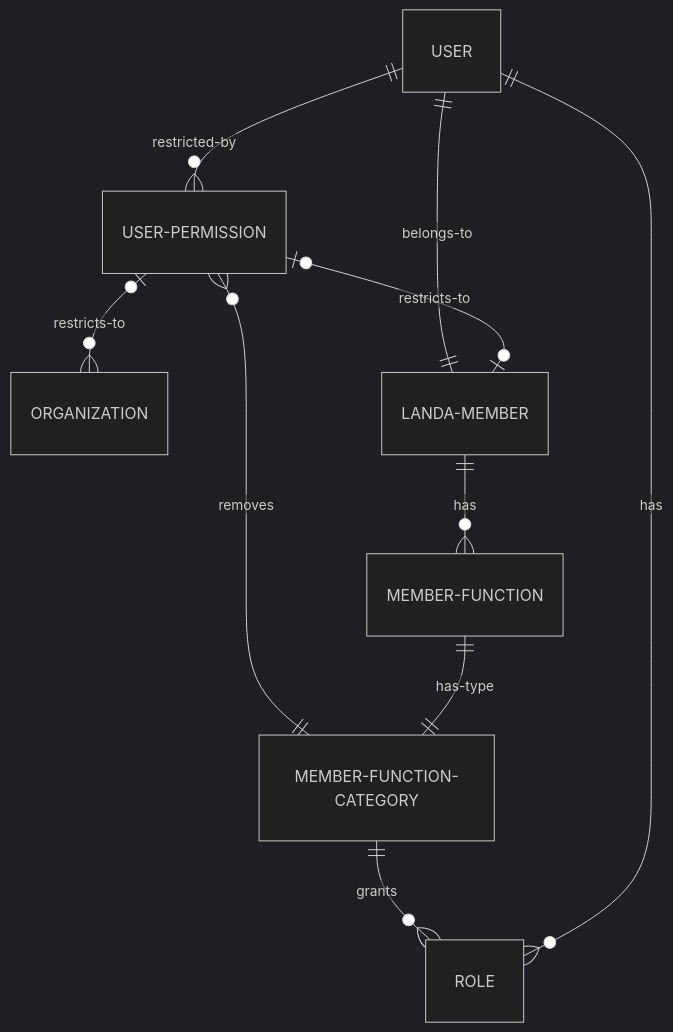
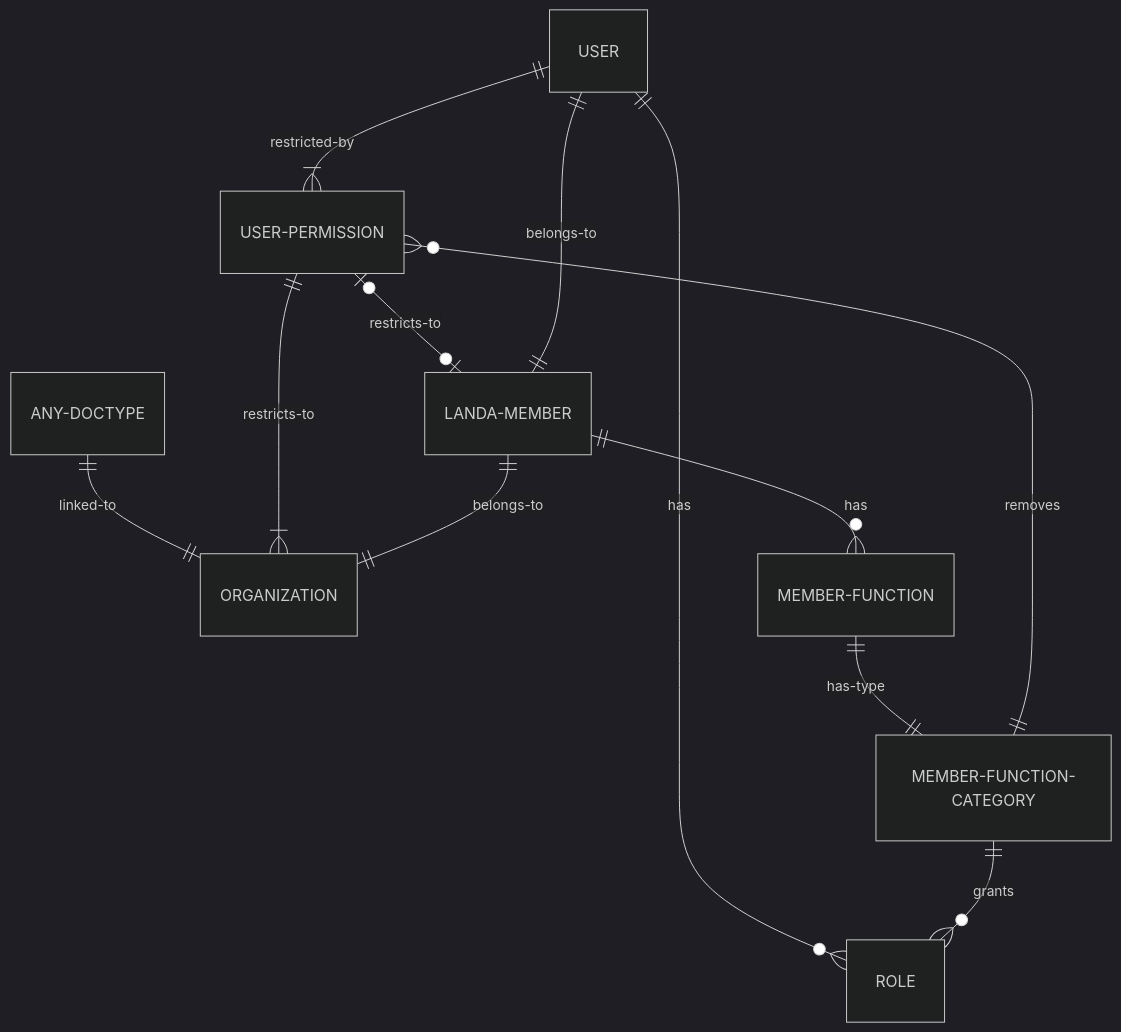
Before and after one commit to alyf-de/landa: the diagram in docs/permissions.md, drawn with Mermaid (dark theme).

Commit message:
docs: ER diagram (LAN-718)

````diff
--- a/docs/permissions.md
+++ b/docs/permissions.md
@@ -24,12 +24,14 @@
 ```mermaid
 erDiagram
-    USER ||--o{ USER-PERMISSION : restricted-by
+    USER ||--|{ USER-PERMISSION : restricted-by
+    ANY-DOCTYPE ||--|| ORGANIZATION : linked-to
     USER ||--o{ ROLE : has
-    USER-PERMISSION |o--o{ ORGANIZATION : restricts-to
+    USER-PERMISSION ||--|{ ORGANIZATION : restricts-to
     USER-PERMISSION |o--o| LANDA-MEMBER : restricts-to
     USER ||--|| LANDA-MEMBER : belongs-to
+    LANDA-MEMBER ||--|| ORGANIZATION : belongs-to
     LANDA-MEMBER ||--o{ MEMBER-FUNCTION : has
     MEMBER-FUNCTION ||--|| MEMBER-FUNCTION-CATEGORY : has-type
     MEMBER-FUNCTION-CATEGORY ||--o{ ROLE : grants
     MEMBER-FUNCTION-CATEGORY ||--o{ USER-PERMISSION : removes
 ```
````
